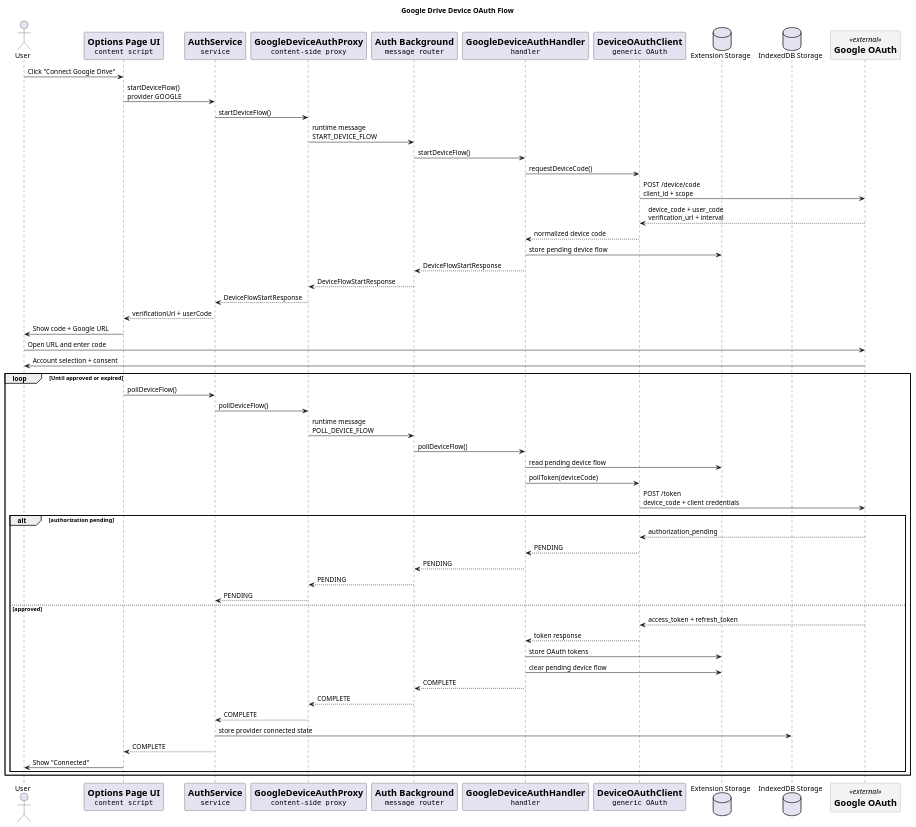
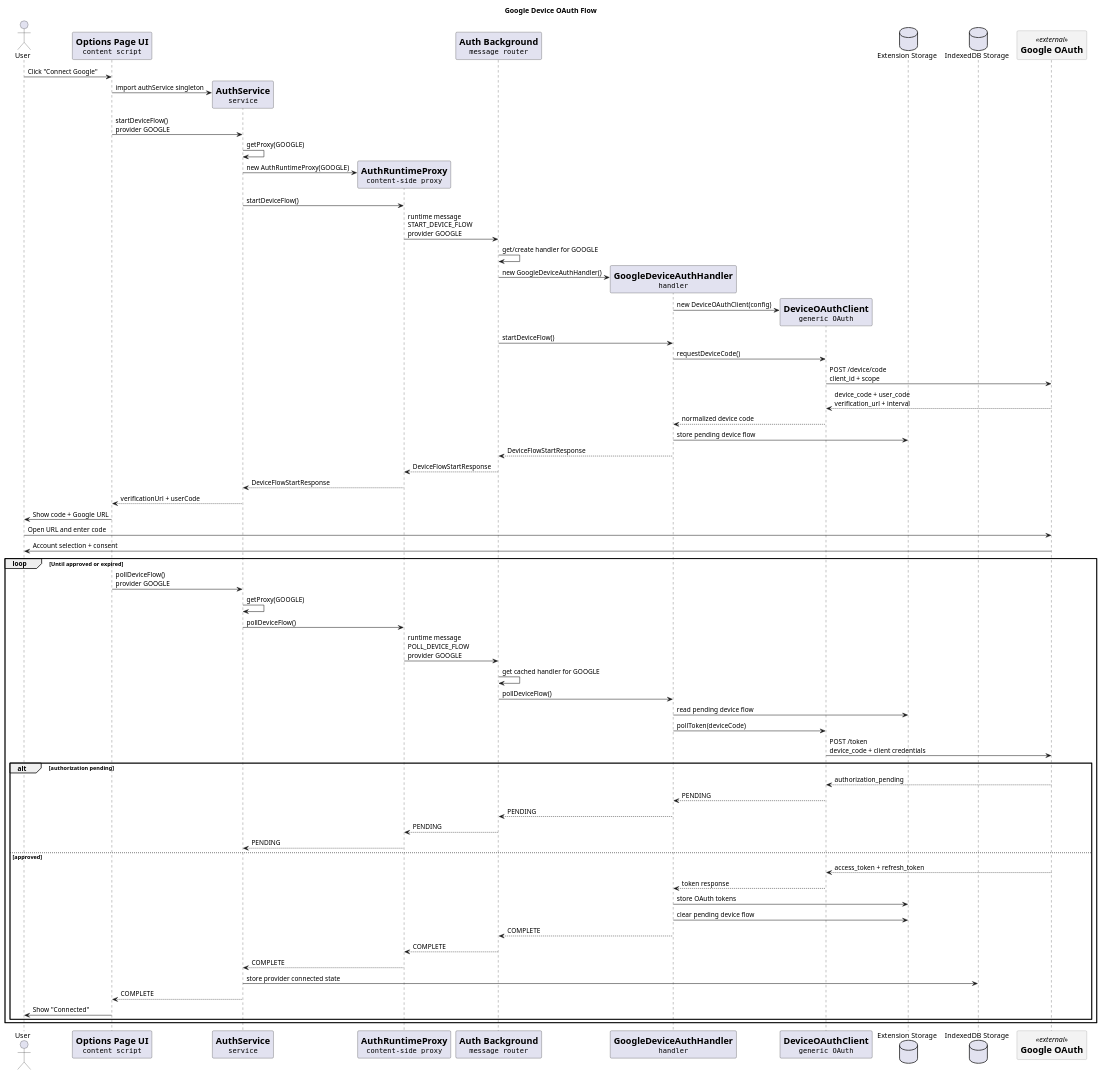
The diagram in src/services/auth/diagrams/device-flow-sequence.puml (0nis/ao3-read-tracker), drawn with PlantUML before and after one commit. The commit also changed 25 other files, not shown here.

First line of the commit message:
Create generic auth proxy & improve auth code quality

```diff
--- a/src/services/auth/diagrams/device-flow-sequence.puml
+++ b/src/services/auth/diagrams/device-flow-sequence.puml
@@ -1,88 +1,100 @@
-@startuml Google Drive Device OAuth Flow
-title Google Drive Device OAuth Flow
+@startuml Google Device OAuth Flow
+title Google Device OAuth Flow
 
 skinparam participant<<external>> {
     BackgroundColor #F3F3F3
     BorderColor #888888
 }
 
 actor User
 participant UI [
     =Options Page UI
     ""content script""
 ]
 participant Service [
     =AuthService
     ""service""
 ]
 participant Proxy [
-    =GoogleDeviceAuthProxy
+    =AuthRuntimeProxy
     ""content-side proxy""
 ]
 participant BG [
     =Auth Background
     ""message router""
 ]
 participant Handler [
     =GoogleDeviceAuthHandler
     ""handler""
 ]
 participant Client [
     =DeviceOAuthClient
     ""generic OAuth""
 ]
 database "Extension Storage" as ExtStorage
 database "IndexedDB Storage" as Storage
 
 participant Google <<external>> [
     =Google OAuth
 ]
 
-User -> UI: Click "Connect Google Drive"
+User -> UI: Click "Connect Google"
+create Service
+UI -> Service: import authService singleton
 UI -> Service: startDeviceFlow()\nprovider GOOGLE
+Service -> Service: getProxy(GOOGLE)
+create Proxy
+Service -> Proxy: new AuthRuntimeProxy(GOOGLE)
 Service -> Proxy: startDeviceFlow()
-Proxy -> BG: runtime message\nSTART_DEVICE_FLOW
+Proxy -> BG: runtime message\nSTART_DEVICE_FLOW\nprovider GOOGLE
+BG -> BG: get/create handler for GOOGLE
+create Handler
+BG -> Handler: new GoogleDeviceAuthHandler()
+create Client
+Handler -> Client: new DeviceOAuthClient(config)
 BG -> Handler: startDeviceFlow()
 Handler -> Client: requestDeviceCode()
 Client -> Google: POST /device/code\nclient_id + scope
 Google --> Client: device_code + user_code\nverification_url + interval
 Client --> Handler: normalized device code
 Handler -> ExtStorage: store pending device flow
 Handler --> BG: DeviceFlowStartResponse
 BG --> Proxy: DeviceFlowStartResponse
 Proxy --> Service: DeviceFlowStartResponse
 Service --> UI: verificationUrl + userCode
 
 UI -> User: Show code + Google URL
 User -> Google: Open URL and enter code
 Google -> User: Account selection + consent
 
 loop Until approved or expired
-  UI -> Service: pollDeviceFlow()
+  UI -> Service: pollDeviceFlow()\nprovider GOOGLE
+  Service -> Service: getProxy(GOOGLE)
   Service -> Proxy: pollDeviceFlow()
-  Proxy -> BG: runtime message\nPOLL_DEVICE_FLOW
+  Proxy -> BG: runtime message\nPOLL_DEVICE_FLOW\nprovider GOOGLE
+  BG -> BG: get cached handler for GOOGLE
   BG -> Handler: pollDeviceFlow()
   Handler -> ExtStorage: read pending device flow
   Handler -> Client: pollToken(deviceCode)
   Client -> Google: POST /token\ndevice_code + client credentials
   alt authorization pending
     Google --> Client: authorization_pending
     Client --> Handler: PENDING
     Handler --> BG: PENDING
     BG --> Proxy: PENDING
     Proxy --> Service: PENDING
   else approved
     Google --> Client: access_token + refresh_token
     Client --> Handler: token response
     Handler -> ExtStorage: store OAuth tokens
     Handler -> ExtStorage: clear pending device flow
     Handler --> BG: COMPLETE
     BG --> Proxy: COMPLETE
     Proxy --> Service: COMPLETE
     Service -> Storage: store provider connected state
     Service --> UI: COMPLETE
     UI -> User: Show "Connected"
   end
 end
 
 @enduml
```
